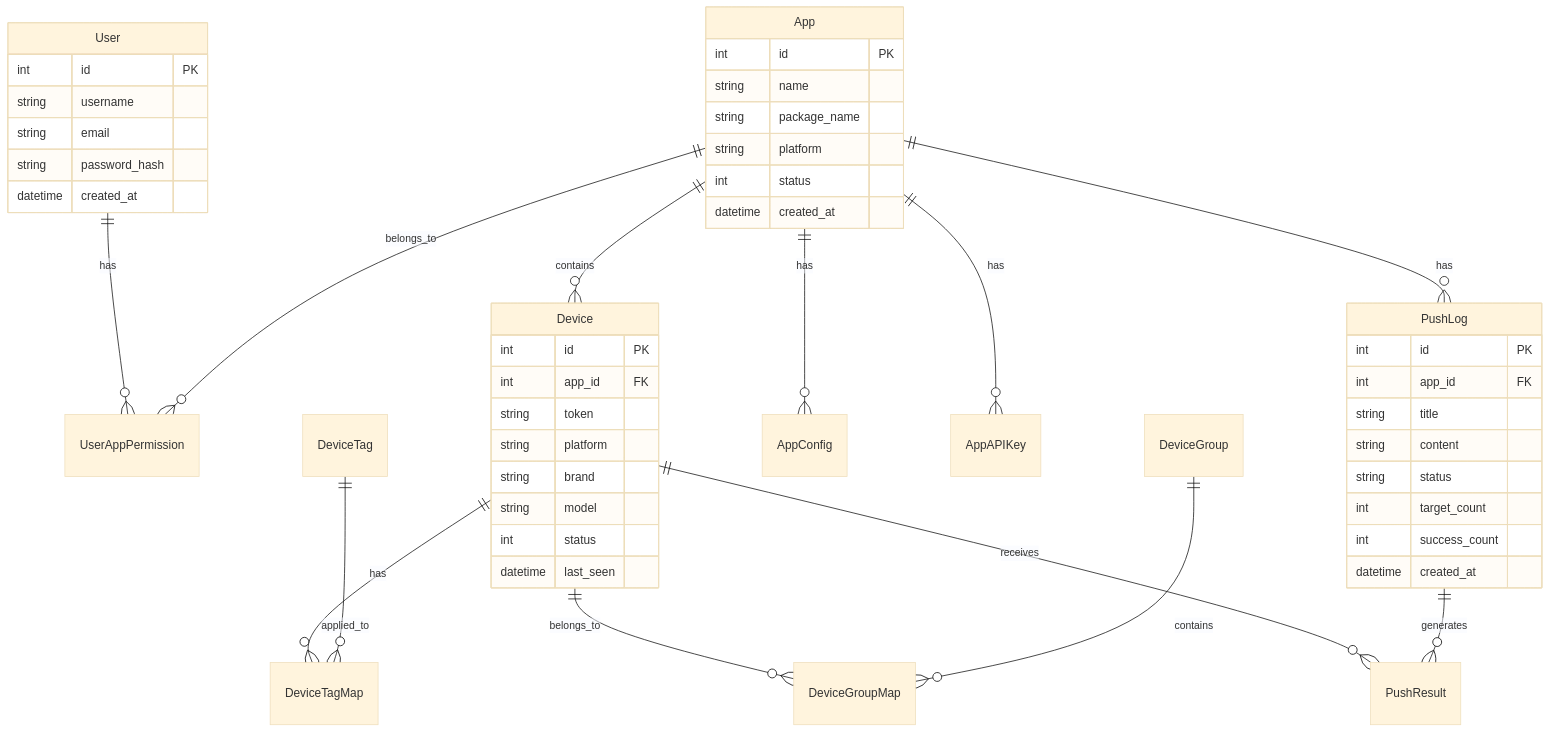
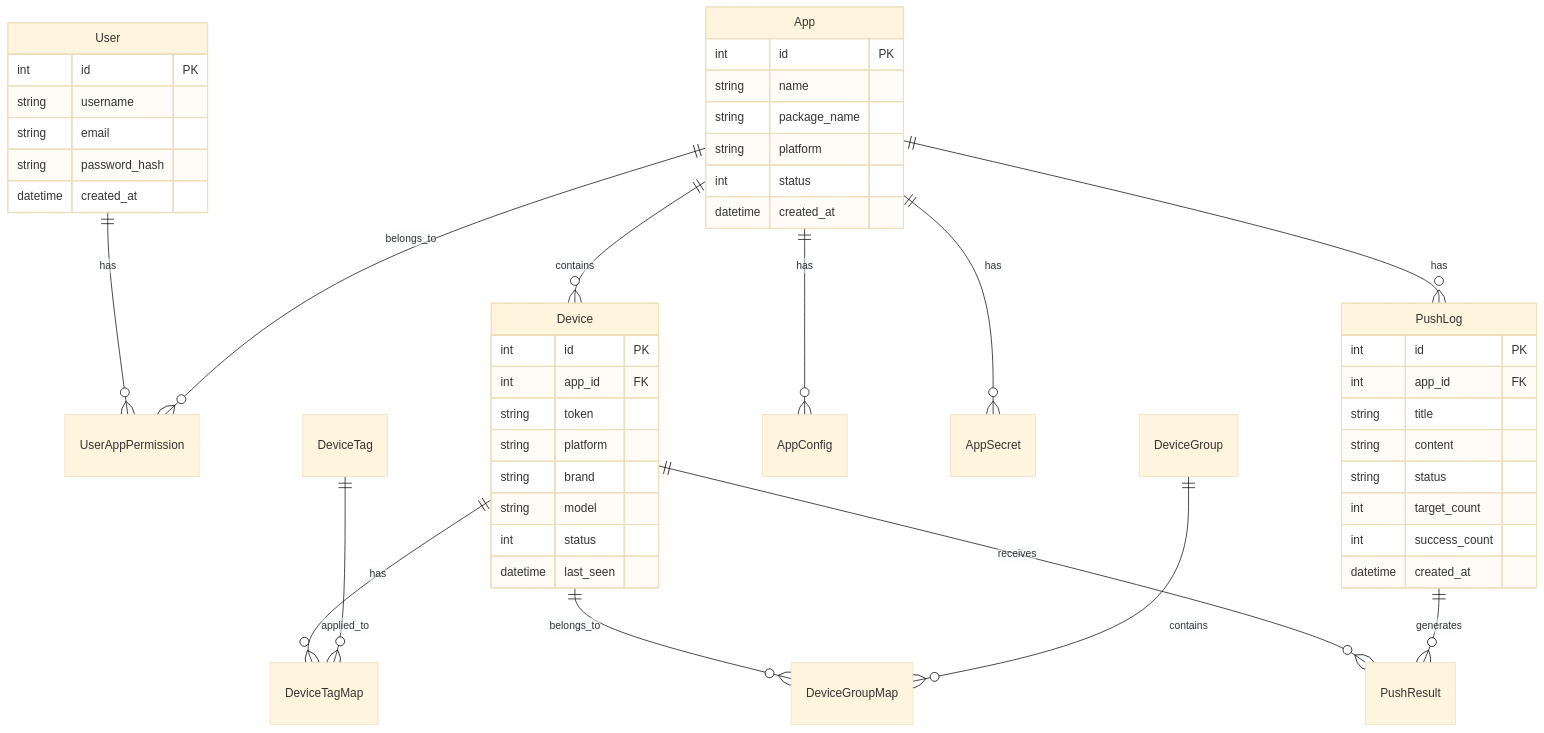
The third of 5 diagrams in docs/public/examples/diagrams/architecture-overview.md (doopush/doopush), drawn with Mermaid (base theme) before and after one commit. The commit also changed 107 other files, not shown here.

````diff
--- a/docs/public/examples/diagrams/architecture-overview.md
+++ b/docs/public/examples/diagrams/architecture-overview.md
@@ -85,57 +85,57 @@
 ```mermaid
 erDiagram
     User ||--o{ UserAppPermission : has
     App ||--o{ UserAppPermission : belongs_to
     App ||--o{ Device : contains
     App ||--o{ PushLog : has
     App ||--o{ AppConfig : has
-    App ||--o{ AppAPIKey : has
-    
+    App ||--o{ AppSecret : has
+
     Device ||--o{ DeviceTagMap : has
     Device ||--o{ DeviceGroupMap : belongs_to
     Device ||--o{ PushResult : receives
-    
+
     DeviceGroup ||--o{ DeviceGroupMap : contains
     DeviceTag ||--o{ DeviceTagMap : applied_to
-    
+
     PushLog ||--o{ PushResult : generates
-    
+
     User {
         int id PK
         string username
         string email
         string password_hash
         datetime created_at
     }
-    
+
     App {
         int id PK
         string name
         string package_name
         string platform
         int status
         datetime created_at
     }
-    
+
     Device {
         int id PK
         int app_id FK
         string token
         string platform
         string brand
         string model
         int status
         datetime last_seen
     }
-    
+
     PushLog {
         int id PK
         int app_id FK
         string title
         string content
         string status
         int target_count
         int success_count
         datetime created_at
     }
 ```
````
